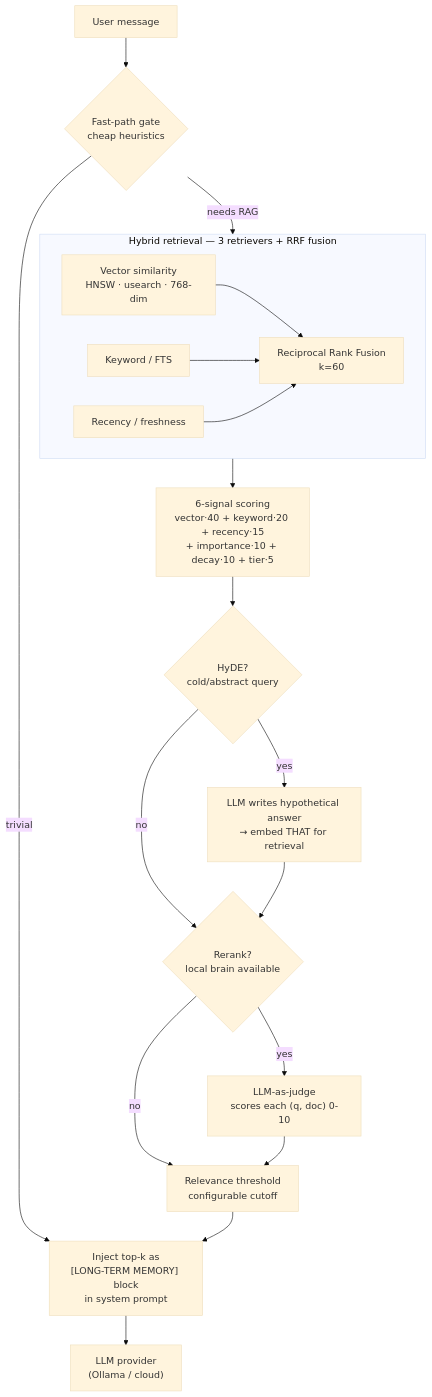
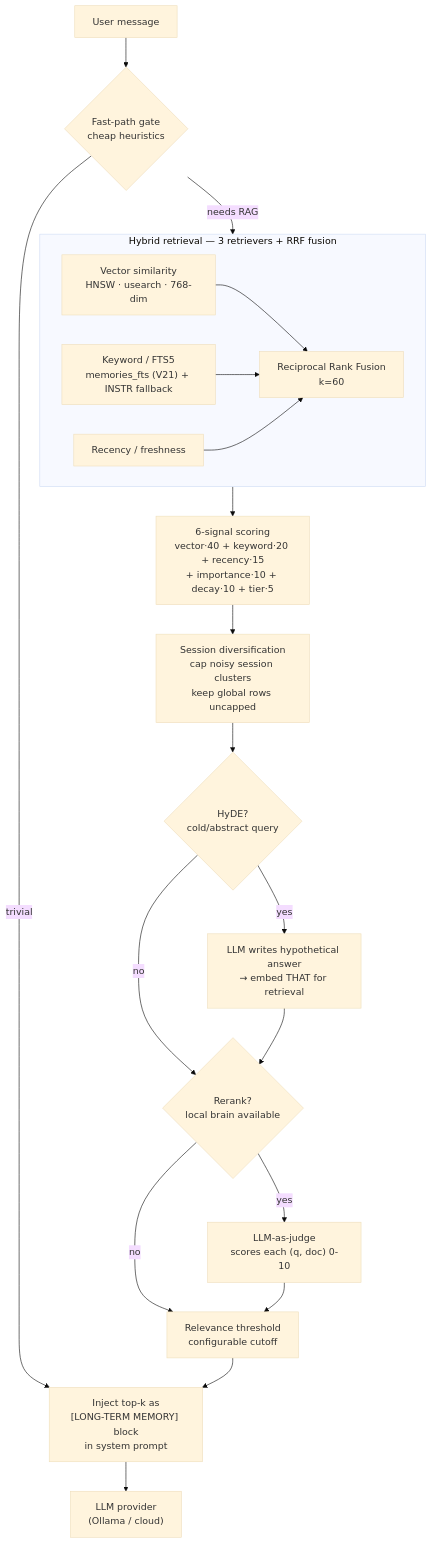
One commit to Terranes/TerranSoul changed the third of 5 diagrams in docs/brain-advanced-design.md. Above: the diagram before and after it, drawn with Mermaid (base theme). The commit also changed other lines of this file and 77 other files, not shown here.

````diff
--- a/docs/brain-advanced-design.md
+++ b/docs/brain-advanced-design.md
@@ -68,26 +68,27 @@
 ```mermaid
 flowchart TB
     Q["User message"] --> GATE{"Fast-path gate<br/>cheap heuristics"}
     GATE -->|trivial| INJECT
     GATE -->|needs RAG| HYBRID
 
     subgraph HYBRID["Hybrid retrieval — 3 retrievers + RRF fusion"]
         VEC["Vector similarity<br/>HNSW · usearch · 768-dim"]
-        KW["Keyword / FTS"]
+        KW["Keyword / FTS5<br/>memories_fts (V21) + INSTR fallback"]
         FRESH["Recency / freshness"]
         VEC --> RRF["Reciprocal Rank Fusion<br/>k=60"]
         KW --> RRF
         FRESH --> RRF
     end
 
     HYBRID --> SCORE["6-signal scoring<br/>vector·40 + keyword·20 + recency·15<br/>+ importance·10 + decay·10 + tier·5"]
-    SCORE --> HYDE{"HyDE?<br/>cold/abstract query"}
+    SCORE --> DIVERSE["Session diversification<br/>cap noisy session clusters<br/>keep global rows uncapped"]
+    DIVERSE --> HYDE{"HyDE?<br/>cold/abstract query"}
     HYDE -->|yes| HYDE_GEN["LLM writes hypothetical answer<br/>→ embed THAT for retrieval"]
     HYDE -->|no| RERANK
     HYDE_GEN --> RERANK
     RERANK{"Rerank?<br/>local brain available"} -->|yes| LLM_JUDGE["LLM-as-judge<br/>scores each (q, doc) 0-10"]
     RERANK -->|no| THRESHOLD
     LLM_JUDGE --> THRESHOLD["Relevance threshold<br/>configurable cutoff"]
     THRESHOLD --> INJECT["Inject top-k as<br/>[LONG-TERM MEMORY] block<br/>in system prompt"]
     INJECT --> LLM["LLM provider<br/>(Ollama / cloud)"]
 ```
````
